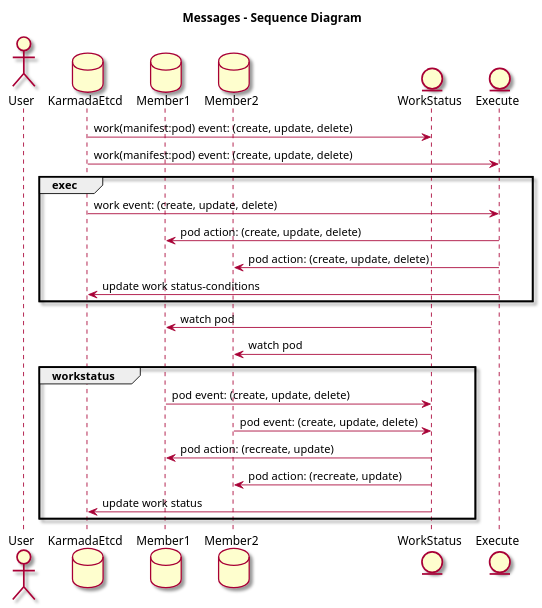
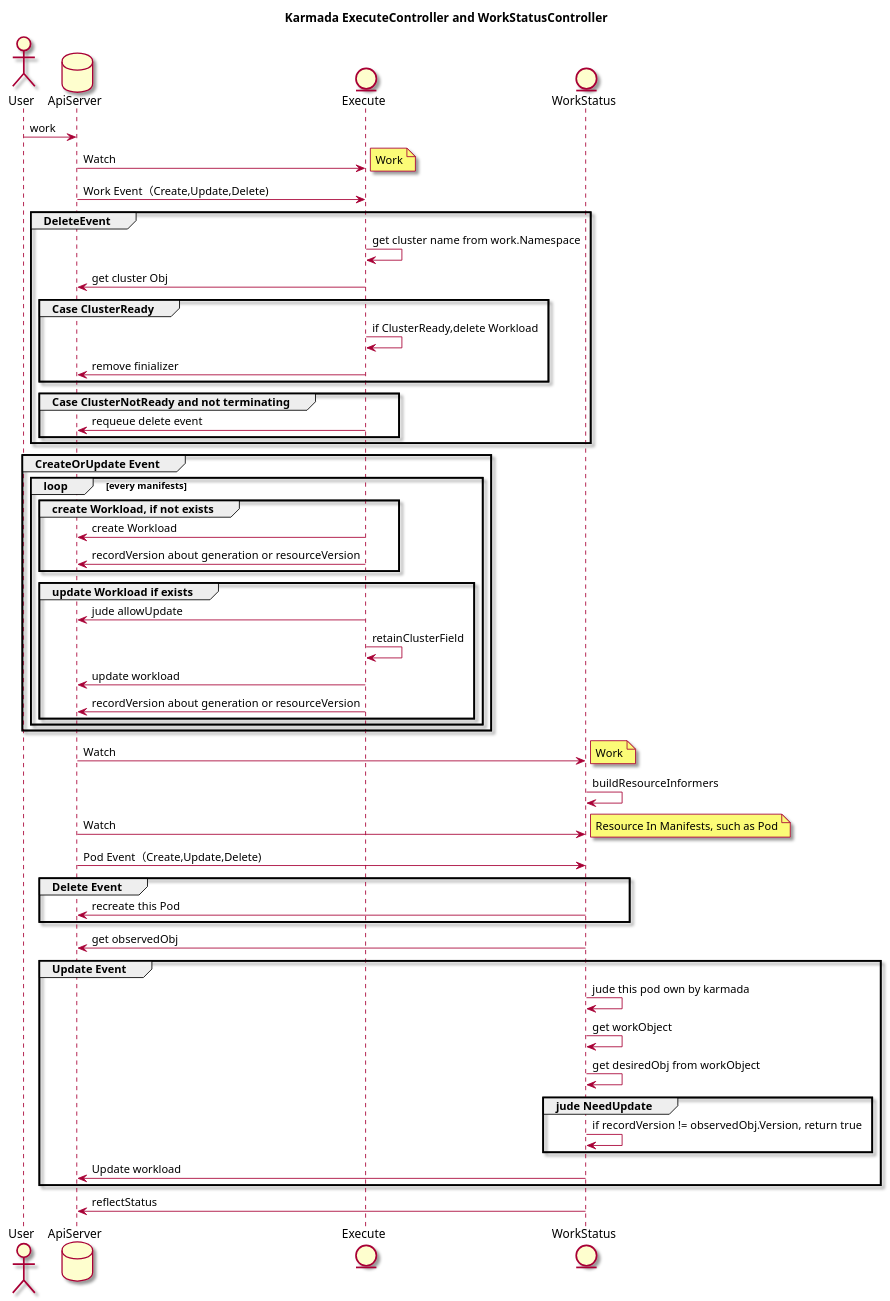
The diagram in plantuml/karmada-execute&workstatus.plantuml (neteric/karmada), drawn with PlantUML before and after one commit. The commit also changed 5 other files, not shown here.

Commit message:
add clsuter controller plantuml

```diff
--- a/plantuml/karmada-execute&workstatus.plantuml
+++ b/plantuml/karmada-execute&workstatus.plantuml
@@ -1,41 +1,108 @@
 @startuml
 
 skin rose
 
-title "Messages - Sequence Diagram"
+title "Karmada ExecuteController and WorkStatusController"
 
 
 
 actor User
-database "KarmadaEtcd" as cp
-database "Member1" as m1
-database "Member2" as m2
-
-entity "WorkStatus" as wsc
-entity "Execute" as exec
+database "ApiServer" as cp
 
 
-cp -> wsc: work(manifest:pod) event: (create, update, delete)
-cp -> exec:  work(manifest:pod) event: (create, update, delete)
+entity "Execute" as exec
+entity "WorkStatus" as wsc
 
 
-group exec
-    cp -> exec: work event: (create, update, delete)
-    exec -> m1: pod action: (create, update, delete)
-    exec -> m2: pod action: (create, update, delete)
-    exec -> cp: update work status-conditions
+' database "Member1" as m1
+' database "Member2" as m2
+
+User -> cp: work
+cp -> exec : Watch
+note right
+Work
+end note
+
+cp -> exec: Work Event（Create,Update,Delete)
+
+group DeleteEvent
+    exec -> exec: get cluster name from work.Namespace
+    exec -> cp: get cluster Obj 
+    group Case ClusterReady
+        exec -> exec: if ClusterReady,delete Workload
+        exec -> cp: remove finializer
+    end
+    group Case ClusterNotReady and not terminating
+        exec -> cp: requeue delete event
+    end
 end
 
-wsc -> m1: watch pod
-wsc -> m2: watch pod
+group CreateOrUpdate Event
+    loop every manifests
+        group create Workload, if not exists
+            exec -> cp: create Workload
+            exec -> cp: recordVersion about generation or resourceVersion
+        end
+        group update Workload if exists
+            exec -> cp: jude allowUpdate
+            exec -> exec: retainClusterField
+            exec -> cp: update workload
+            exec -> cp: recordVersion about generation or resourceVersion
+        end
+    end
+end
+' group exec
+'     cp -> exec: work event: (create, update, delete)
+'     exec -> m1: pod action: (create, update, delete)
+'     exec -> m2: pod action: (create, update, delete)
+'     exec -> cp: update work status-conditions
+' end
+
+' wsc -> m1: watch pod
+' wsc -> m2: watch pod
 
 
-group workstatus
-    m1 -> wsc: pod event: (create, update, delete)
-    m2 -> wsc: pod event: (create, update, delete)
-    wsc -> m1: pod action: (recreate, update)
-    wsc -> m2: pod action: (recreate, update)
-    wsc -> cp: update work status
+' group workstatus
+'     m1 -> wsc: pod event: (create, update, delete)
+'     m2 -> wsc: pod event: (create, update, delete)
+'     wsc -> m1: pod action: (recreate, update)
+'     wsc -> m2: pod action: (recreate, update)
+'     wsc -> cp: update work status
+' end
+
+cp -> wsc : Watch
+
+note right
+Work
+end note
+wsc -> wsc: buildResourceInformers
+
+cp -> wsc: Watch
+
+note right
+Resource In Manifests, such as Pod
+end note
+
+cp -> wsc: Pod Event（Create,Update,Delete)
+
+group Delete Event
+    wsc -> cp: recreate this Pod
 end
 
+wsc -> cp: get observedObj
+
+group Update Event
+
+    wsc -> wsc: jude this pod own by karmada
+    wsc -> wsc: get workObject
+    wsc -> wsc: get desiredObj from workObject
+
+    group jude NeedUpdate
+        wsc -> wsc: if recordVersion != observedObj.Version, return true
+    end
+    wsc -> cp: Update workload
+end
+
+wsc -> cp: reflectStatus
+
 @enduml
```
